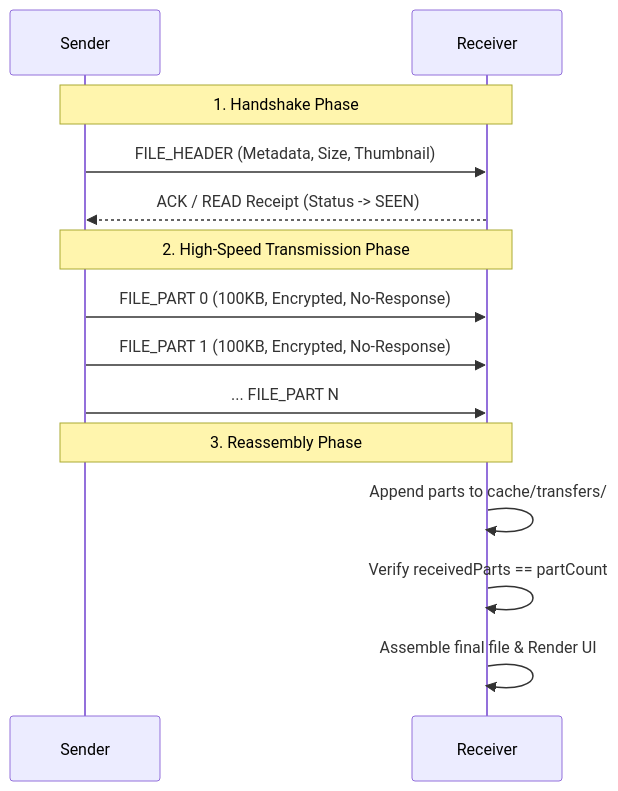
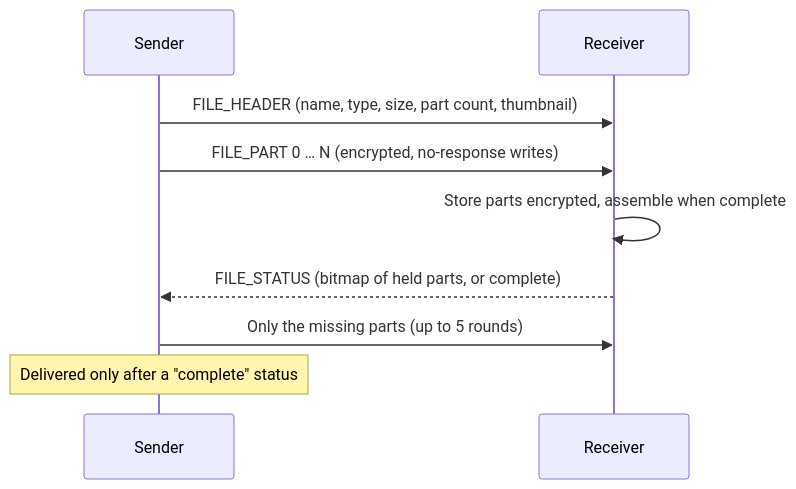
Before and after one commit to aarushchaudhary/ComLink: the third of 3 diagrams in README.md, drawn with Mermaid. The commit also changed other lines of this file and 4 other files, not shown here.

````diff
--- a/README.md
+++ b/README.md
@@ -70,19 +98,12 @@
 ```mermaid
 sequenceDiagram
     participant S as Sender
     participant R as Receiver
 
-    Note over S,R: 1. Handshake Phase
-    S->>R: FILE_HEADER (Metadata, Size, Thumbnail)
-    R-->>S: ACK / READ Receipt (Status -> SEEN)
-    
-    Note over S,R: 2. High-Speed Transmission Phase
-    S->>R: FILE_PART 0 (100KB, Encrypted, No-Response)
-    S->>R: FILE_PART 1 (100KB, Encrypted, No-Response)
-    S->>R: ... FILE_PART N
-    
-    Note over S,R: 3. Reassembly Phase
-    R->>R: Append parts to cache/transfers/
-    R->>R: Verify receivedParts == partCount
-    R->>R: Assemble final file & Render UI
+    S->>R: FILE_HEADER (name, type, size, part count, thumbnail)
+    S->>R: FILE_PART 0 … N (encrypted, no-response writes)
+    R->>R: Store parts encrypted, assemble when complete
+    R-->>S: FILE_STATUS (bitmap of held parts, or complete)
+    S->>R: Only the missing parts (up to 5 rounds)
+    Note over S: Delivered only after a "complete" status
 ```
````
